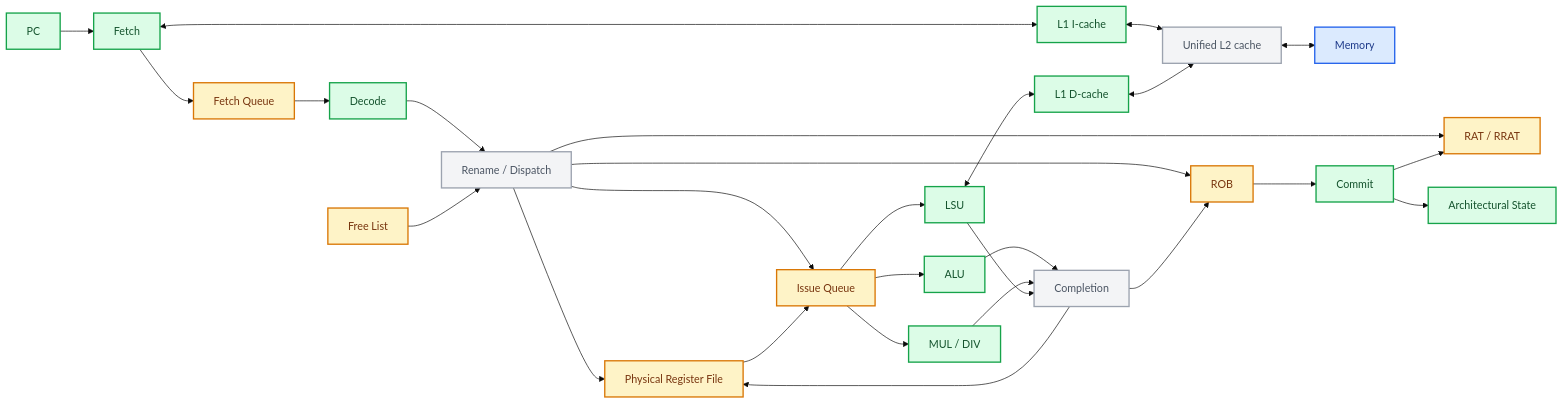
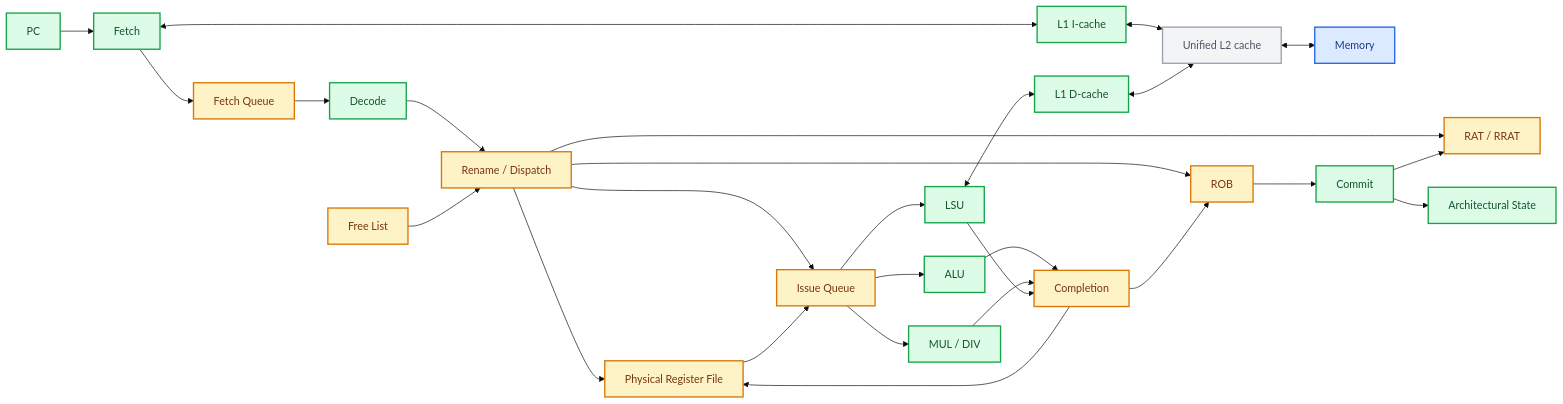
Before and after one commit to JustinYYZ/rv32im-research-core: the second of 2 diagrams in README.md, drawn with Mermaid (base theme). The commit also changed other lines of this file and 8 other files, not shown here.

````diff
--- a/README.md
+++ b/README.md
@@ -291,37 +296,37 @@
 ```mermaid
 flowchart LR
     PC --> FETCH[Fetch]
     FETCH <--> L1I["L1 I-cache"]
     L1I <--> L2["Unified L2 cache"]
     L2 <--> MEM[Memory]
     FETCH --> FQ["Fetch Queue"]
     FQ --> DECODE[Decode]
     DECODE --> RENAME["Rename / Dispatch"]
     RENAME --> RAT["RAT / RRAT"]
     FL["Free List"] --> RENAME
     RENAME --> PRF["Physical Register File"]
     RENAME --> ROB[ROB]
     RENAME --> IQ["Issue Queue"]
     PRF --> IQ
     IQ --> ALU[ALU]
     IQ --> MULDIV["MUL / DIV"]
     IQ --> LSU[LSU]
     LSU <--> L1D["L1 D-cache"]
     L1D <--> L2
     ALU --> COMPLETE[Completion]
     MULDIV --> COMPLETE
     LSU --> COMPLETE
     COMPLETE --> PRF
     COMPLETE --> ROB
     ROB --> COMMIT[Commit]
     COMMIT --> RAT
     COMMIT --> ARF["Architectural State"]
     classDef implemented fill:#dcfce7,stroke:#16a34a,color:#14532d,stroke-width:2px
     classDef partial fill:#fef3c7,stroke:#d97706,color:#78350f,stroke-width:2px
     classDef planned fill:#f3f4f6,stroke:#9ca3af,color:#4b5563,stroke-width:2px
     classDef external fill:#dbeafe,stroke:#2563eb,color:#1e3a8a,stroke-width:2px
     class PC,FETCH,L1I,L1D,DECODE,ALU,MULDIV,LSU,COMMIT,ARF implemented
-    class FQ,ROB,PRF,RAT,FL,IQ partial
-    class L2,RENAME,COMPLETE planned
+    class FQ,ROB,PRF,RAT,FL,IQ,RENAME,COMPLETE partial
+    class L2 planned
     class MEM external
 ```
````
